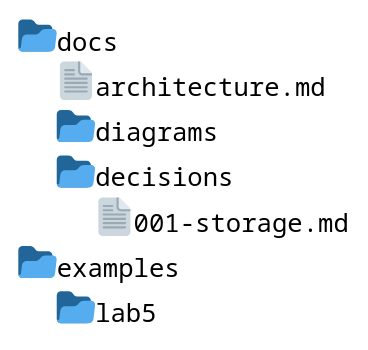
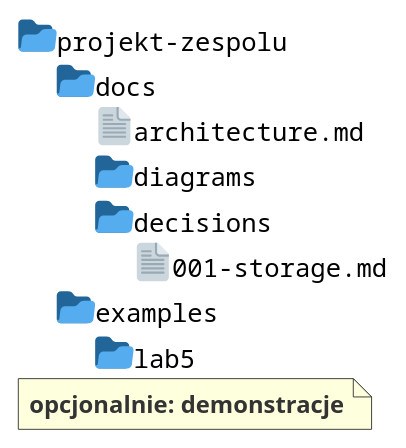
Before and after one commit to wgalka/SIwZ-Engineering-Project: the diagram in assets/diagrams/lab5-files.puml, drawn with PlantUML. The commit also changed 21 other files, not shown here.

```diff
--- a/assets/diagrams/lab5-files.puml
+++ b/assets/diagrams/lab5-files.puml
@@ -1,6 +1,9 @@
 @startfiles
-/docs/architecture.md
-/docs/diagrams/
-/docs/decisions/001-storage.md
-/examples/lab5/
+/projekt-zespolu/docs/architecture.md
+/projekt-zespolu/docs/diagrams/
+/projekt-zespolu/docs/decisions/001-storage.md
+/projekt-zespolu/examples/lab5/
+<note>
+opcjonalnie: demonstracje
+</note>
 @endfiles
```
